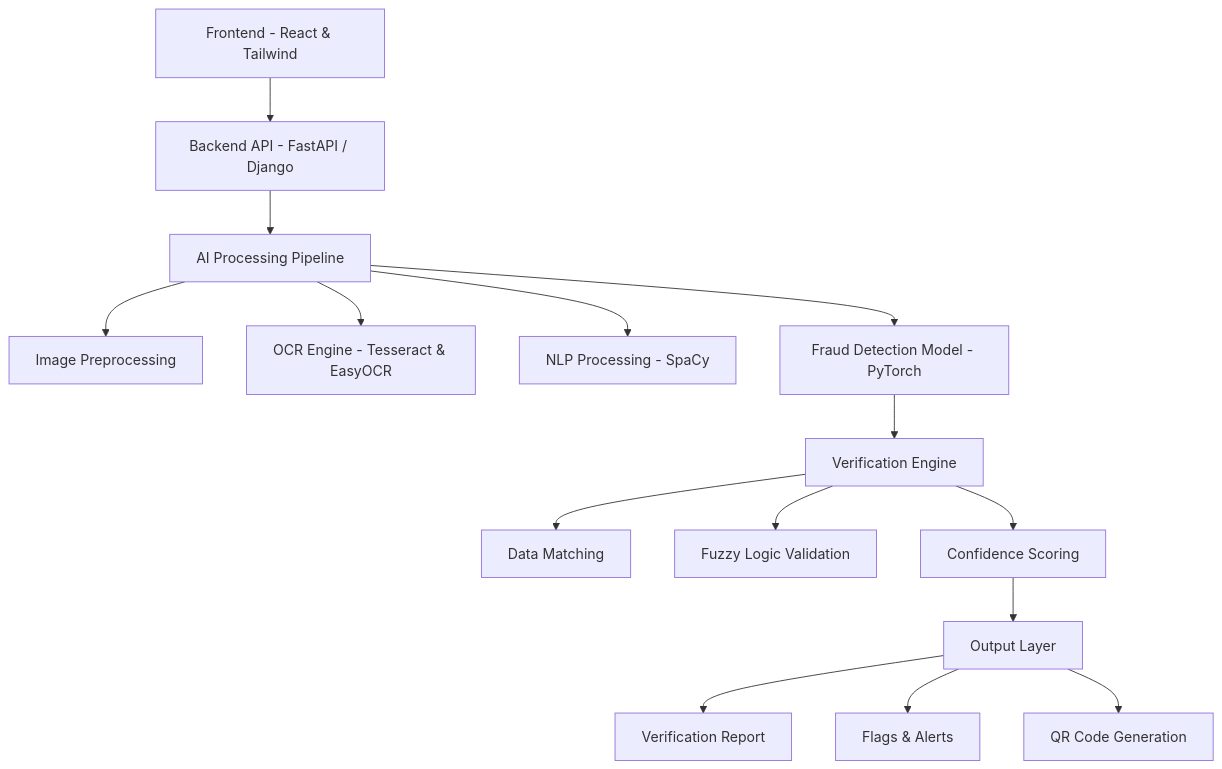
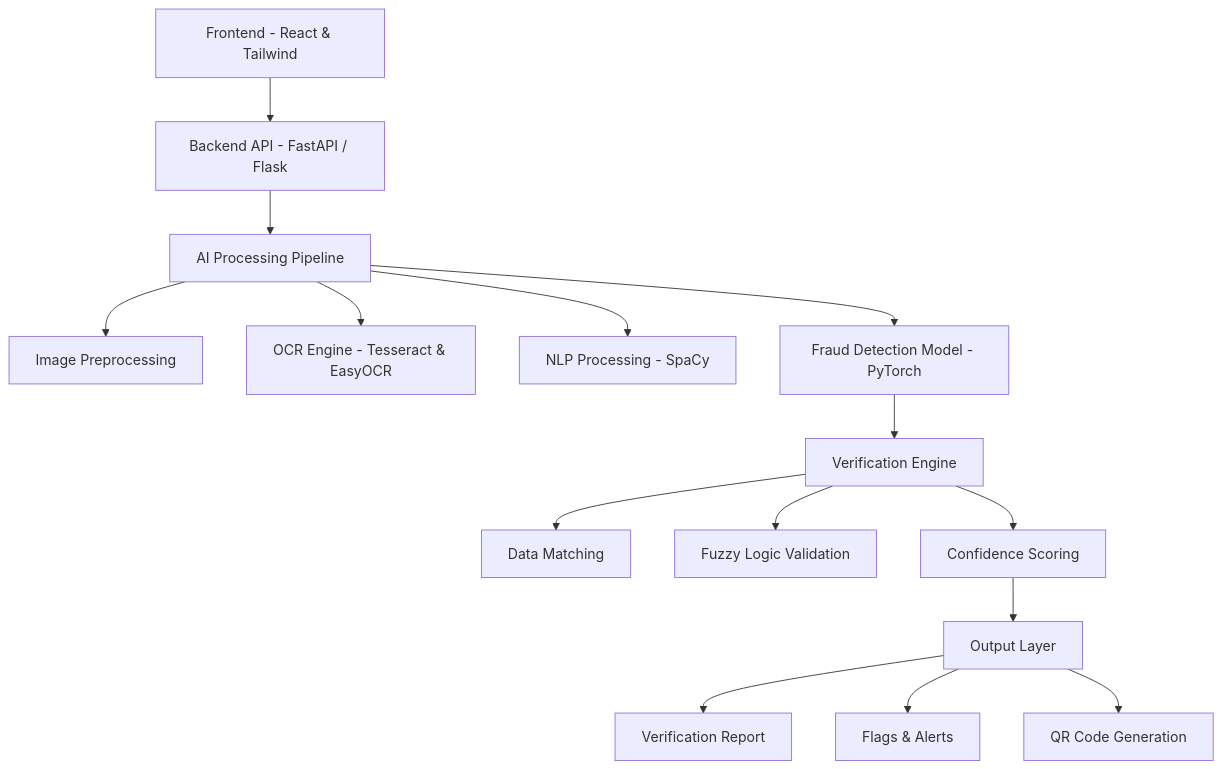
One commit to khushboocodes/DocuVerifyAI changed the diagram in README.md. Above: the diagram before and after it, drawn with Mermaid.

Commit message:
Update backend API framework from Django to Flask

````diff
--- a/README.md
+++ b/README.md
@@ -83,23 +83,23 @@
 ```mermaid
 flowchart TD
-    A["Frontend - React & Tailwind"] --> B["Backend API - FastAPI / Django"]
+    A["Frontend - React & Tailwind"] --> B["Backend API - FastAPI / Flask"]
     B --> C["AI Processing Pipeline"]
 
     C --> D["Image Preprocessing"]
     C --> E["OCR Engine - Tesseract & EasyOCR"]
     C --> F["NLP Processing - SpaCy"]
     C --> G["Fraud Detection Model - PyTorch"]
 
     G --> H["Verification Engine"]
 
     H --> I["Data Matching"]
     H --> J["Fuzzy Logic Validation"]
     H --> K["Confidence Scoring"]
 
     K --> L["Output Layer"]
 
     L --> M["Verification Report"]
     L --> N["Flags & Alerts"]
     L --> O["QR Code Generation"]
 
 ```
````
